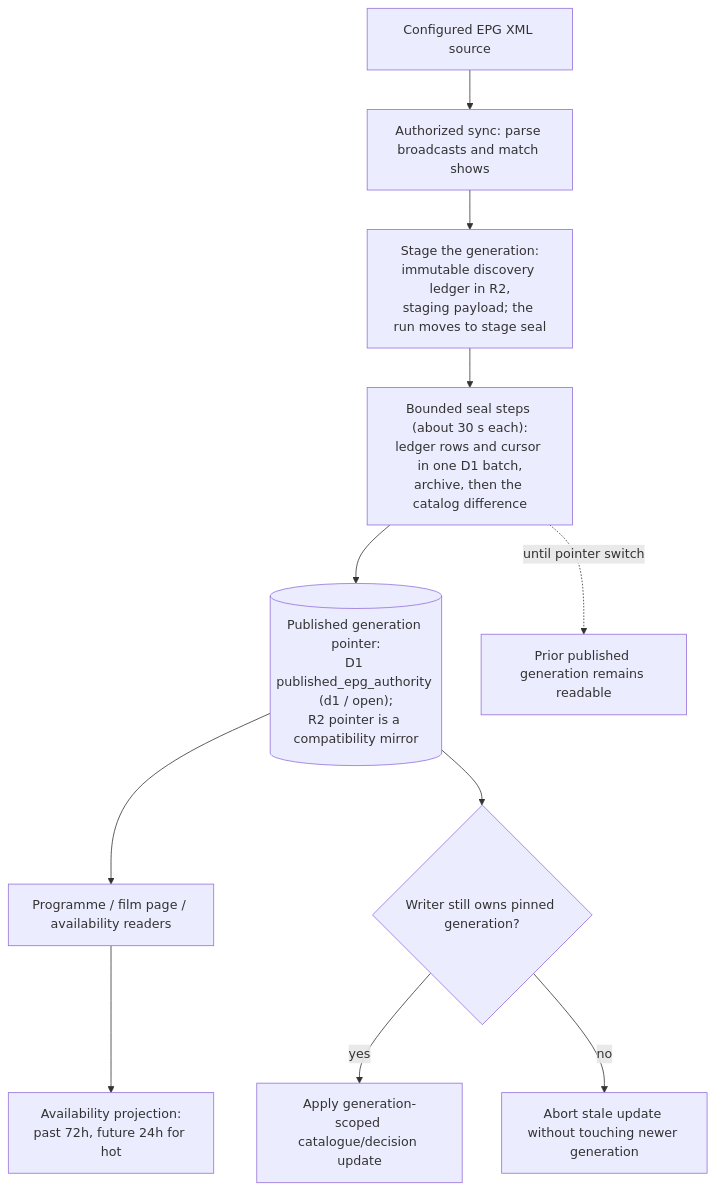
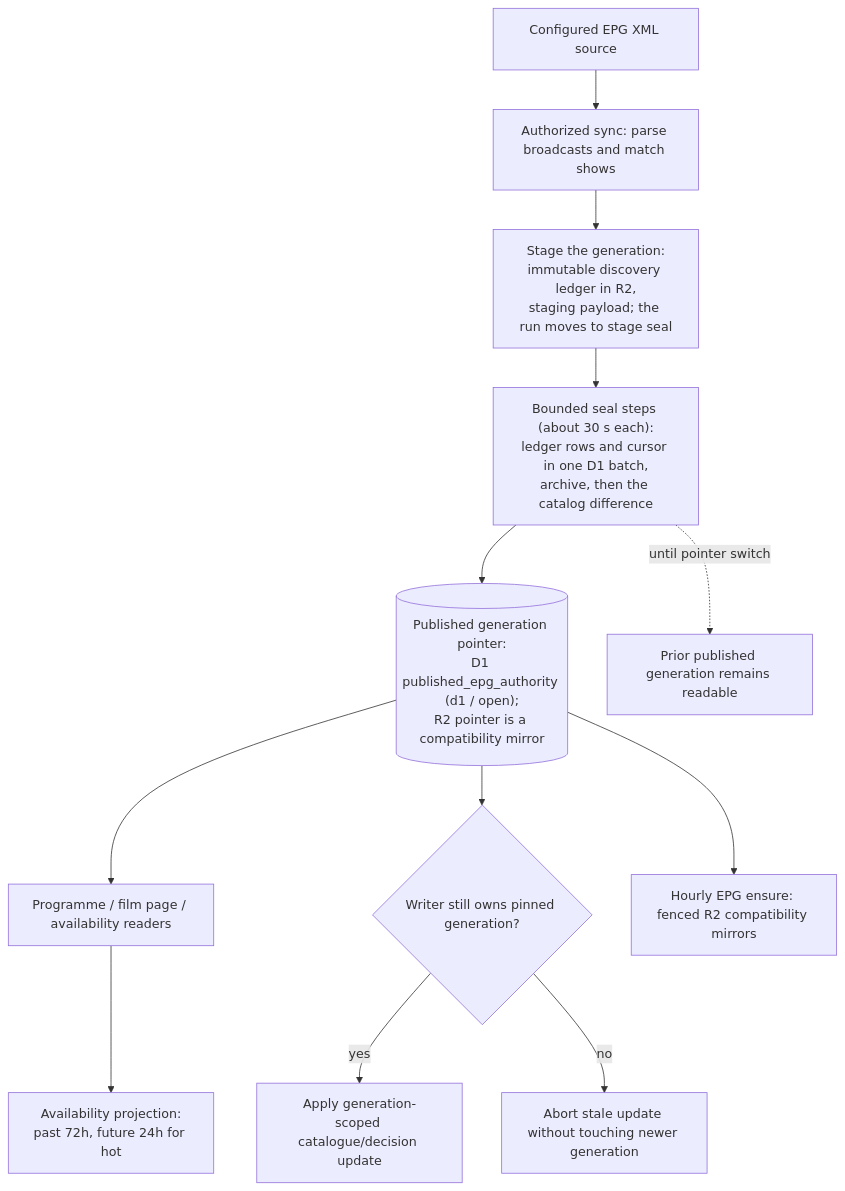
The diagram in docs/architecture/epg-and-availability.md (vladimino/iptv-watchlist), drawn with Mermaid before and after one commit. The commit also changed other lines of this file and 29 other files, not shown here.

First line of the commit message:
AIR-414: reconcile EPG R2 mirrors in hourly ensure, not GET

````diff
--- a/docs/architecture/epg-and-availability.md
+++ b/docs/architecture/epg-and-availability.md
@@ -5,20 +5,22 @@
 ```mermaid
 flowchart TD
     source["Configured EPG XML source"]
     parse["Authorized sync: parse broadcasts and match shows"]
     staging["Stage the generation:<br/>immutable discovery ledger in R2,<br/>staging payload; the run moves to stage seal"]
     seal["Bounded seal steps (about 30 s each):<br/>ledger rows and cursor in one D1 batch,<br/>archive, then the catalog difference"]
     pointer[("Published generation pointer:<br/>D1 published_epg_authority (d1 / open);<br/>R2 pointer is a compatibility mirror")]
     readers["Programme / film page / availability readers"]
     window["Availability projection:<br/>past 72h, future 24h for hot"]
     previous["Prior published generation remains readable"]
     stale{"Writer still owns pinned generation?"}
     update["Apply generation-scoped catalogue/decision update"]
     reject["Abort stale update without touching newer generation"]
     source --> parse --> staging --> seal --> pointer
     pointer --> readers --> window
+    ensure["Hourly EPG ensure: fenced R2 compatibility mirrors"]
+    pointer --> ensure
     seal -.->|until pointer switch| previous
     pointer --> stale
     stale -->|yes| update
     stale -->|no| reject
 ```
````
